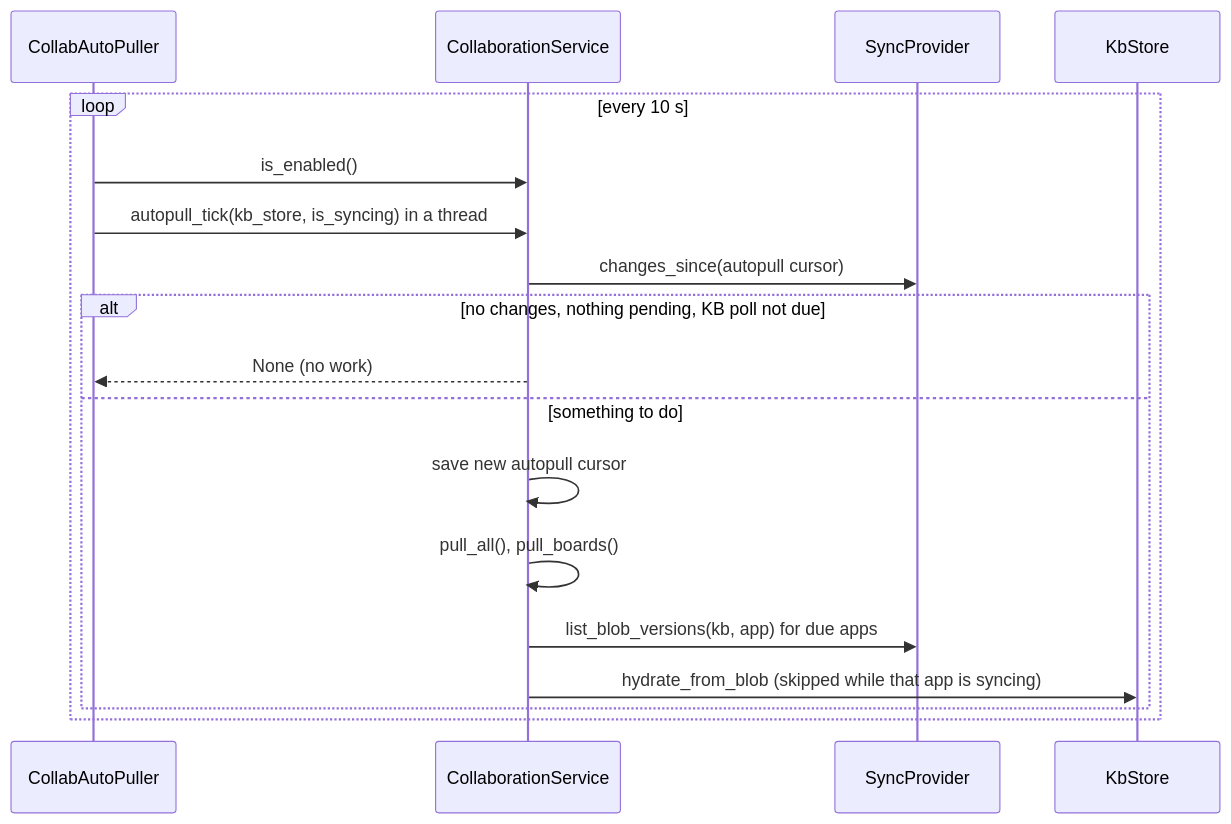
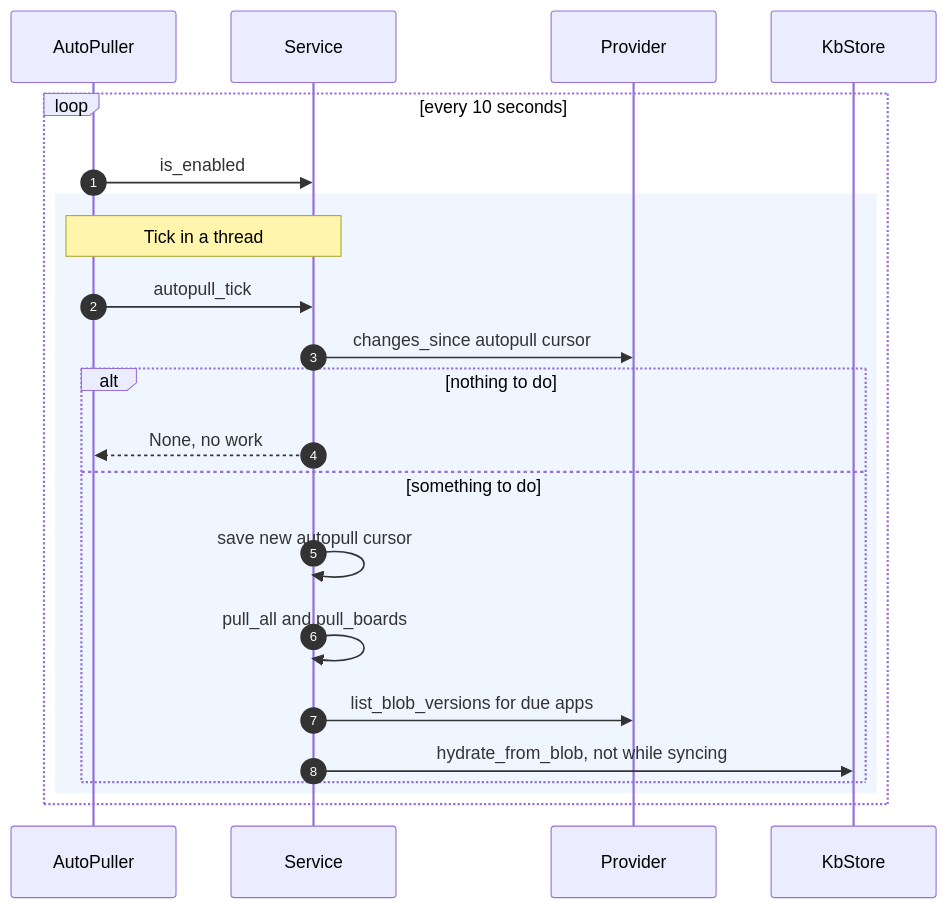
Before and after one commit to ram-020998/project-tracker: the fifth of 5 diagrams in genesis/architecture/modules/collaboration-hub.md, drawn with Mermaid. The commit also changed other lines of this file and 24 other files, not shown here.

First line of the commit message:
architecture: rewrite all 86 Mermaid diagrams to one C4 style, each render-checked

````diff
--- a/genesis/architecture/modules/collaboration-hub.md
+++ b/genesis/architecture/modules/collaboration-hub.md
@@ -333,20 +360,24 @@
 ```mermaid
 sequenceDiagram
-    participant L as CollabAutoPuller
-    participant S as CollaborationService
-    participant P as SyncProvider
+    autonumber
+    participant L as AutoPuller
+    participant S as Service
+    participant P as Provider
     participant K as KbStore
-    loop every 10 s
-        L->>S: is_enabled()
-        L->>S: autopull_tick(kb_store, is_syncing) in a thread
-        S->>P: changes_since(autopull cursor)
-        alt no changes, nothing pending, KB poll not due
-            S-->>L: None (no work)
-        else something to do
-            S->>S: save new autopull cursor
-            S->>S: pull_all(), pull_boards()
-            S->>P: list_blob_versions(kb, app) for due apps
-            S->>K: hydrate_from_blob (skipped while that app is syncing)
+    loop every 10 seconds
+        L->>S: is_enabled
+        rect rgb(240, 246, 255)
+            Note over L,S: Tick in a thread
+            L->>S: autopull_tick
+            S->>P: changes_since autopull cursor
+            alt nothing to do
+                S-->>L: None, no work
+            else something to do
+                S->>S: save new autopull cursor
+                S->>S: pull_all and pull_boards
+                S->>P: list_blob_versions for due apps
+                S->>K: hydrate_from_blob, not while syncing
+            end
         end
     end
 ```
````
